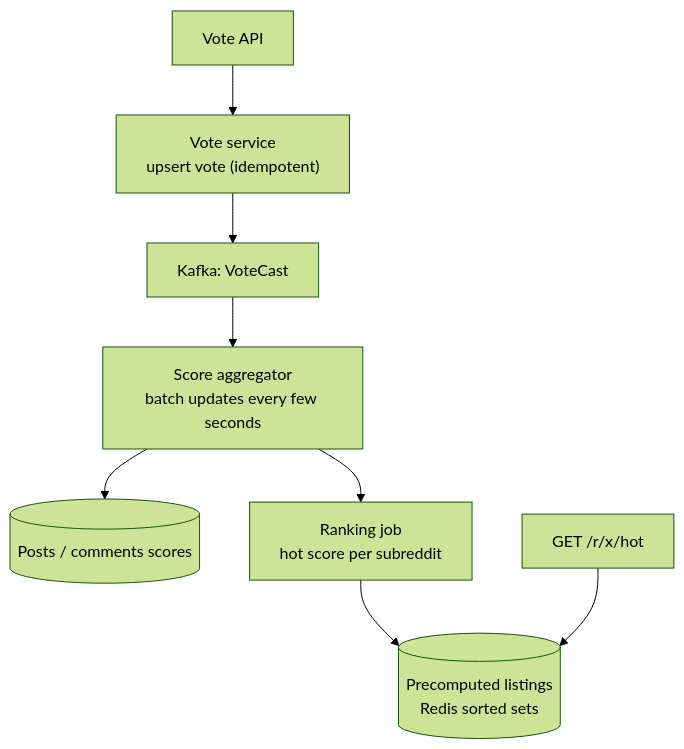
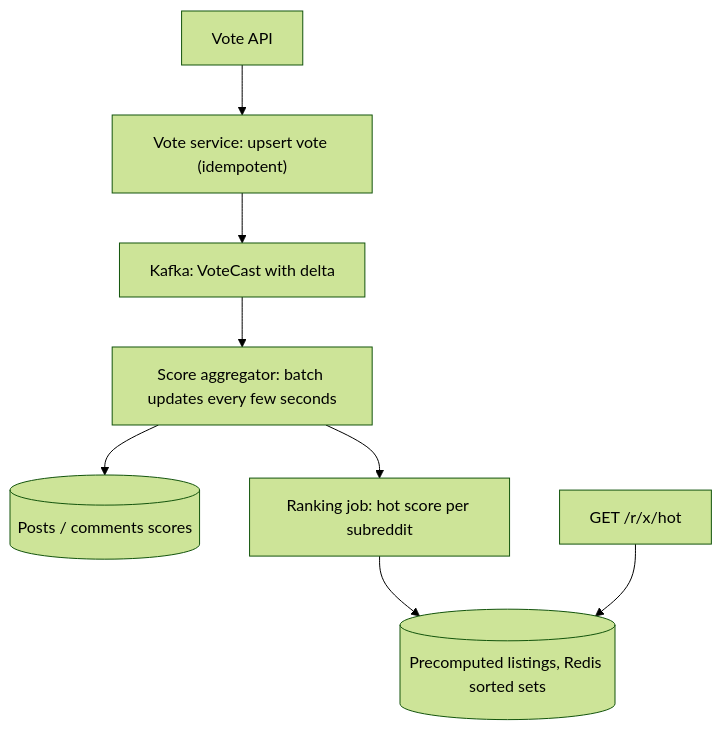
Before and after one commit to AkshayAshokCode/System-Design-Interview-Questions-and-Answers: diagram 11 of 22 in topics/17-designs-social-media.md, drawn with Mermaid (forest theme). The commit also changed other lines of this file and 4 other files, not shown here.

````diff
--- a/topics/17-designs-social-media.md
+++ b/topics/17-designs-social-media.md
@@ -302,10 +688,10 @@
 ```mermaid
 flowchart TD
-    V["Vote API"] --> VS["Vote service<br/>upsert vote (idempotent)"]
-    VS --> K["Kafka: VoteCast"]
-    K --> AGG["Score aggregator<br/>batch updates every few seconds"]
+    V["Vote API"] --> VS["Vote service: upsert vote (idempotent)"]
+    VS --> K["Kafka: VoteCast with delta"]
+    K --> AGG["Score aggregator: batch updates every few seconds"]
     AGG --> DB[("Posts / comments scores")]
-    AGG --> RANK["Ranking job<br/>hot score per subreddit"]
-    RANK --> LC[("Precomputed listings<br/>Redis sorted sets")]
+    AGG --> RANK["Ranking job: hot score per subreddit"]
+    RANK --> LC[("Precomputed listings, Redis sorted sets")]
     R["GET /r/x/hot"] --> LC
 ```
````
